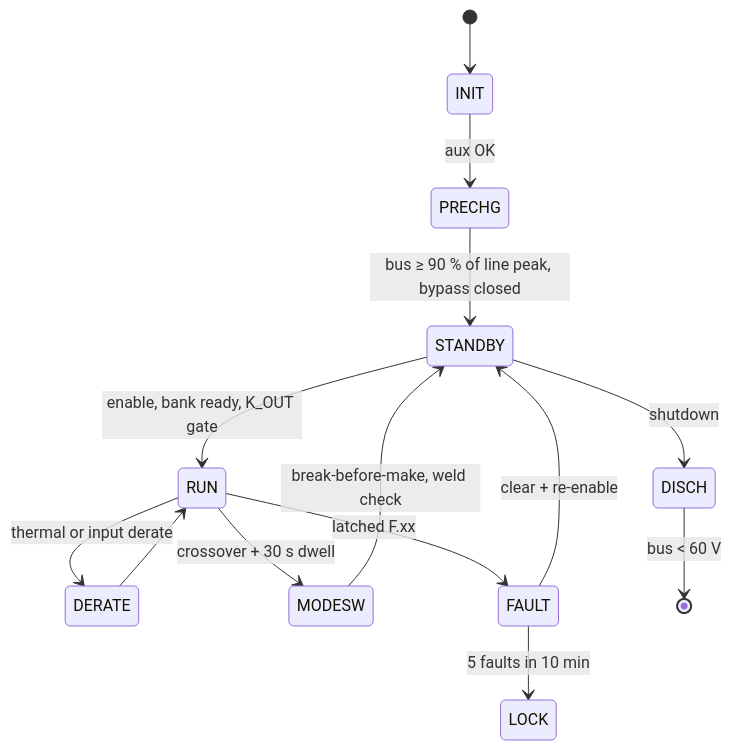
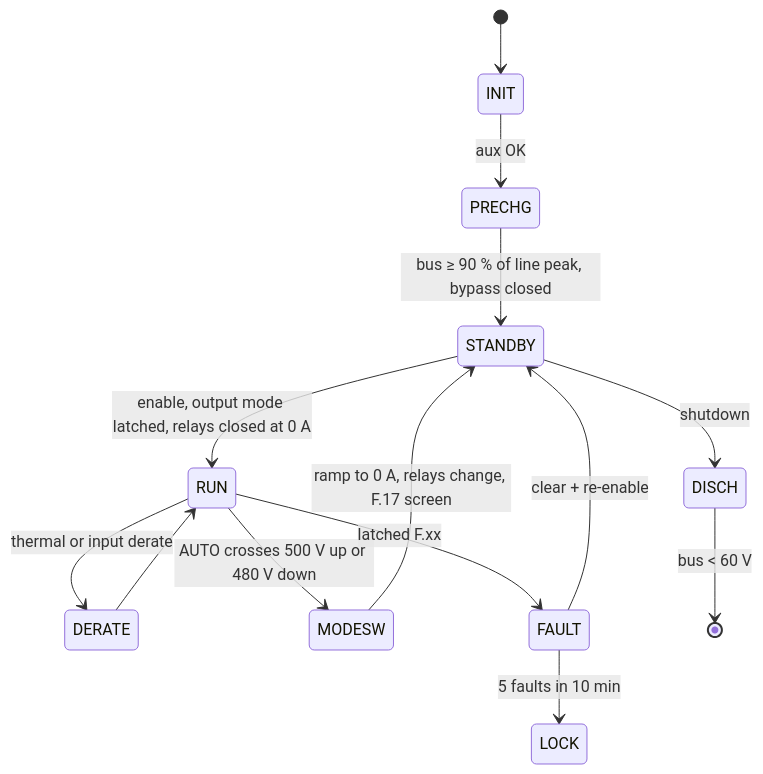
Before and after one commit to vectivolt/DC-Modules: the fourth of 4 diagrams in README.md, drawn with Mermaid. The commit also changed other lines of this file and 121 other files, not shown here.

````diff
--- a/README.md
+++ b/README.md
@@ -242,16 +253,16 @@
 ```mermaid
 stateDiagram-v2
   [*] --> INIT
   INIT --> PRECHG : aux OK
   PRECHG --> STANDBY : bus ≥ 90 % of line peak, bypass closed
-  STANDBY --> RUN : enable, bank ready, K_OUT gate
+  STANDBY --> RUN : enable, output mode latched, relays closed at 0 A
   RUN --> DERATE : thermal or input derate
   DERATE --> RUN
-  RUN --> MODESW : crossover + 30 s dwell
-  MODESW --> STANDBY : break-before-make, weld check
+  RUN --> MODESW : AUTO crosses 500 V up or 480 V down
+  MODESW --> STANDBY : ramp to 0 A, relays change, F.17 screen
   RUN --> FAULT : latched F.xx
   FAULT --> STANDBY : clear + re-enable
   FAULT --> LOCK : 5 faults in 10 min
   STANDBY --> DISCH : shutdown
   DISCH --> [*] : bus < 60 V
 ```
````
